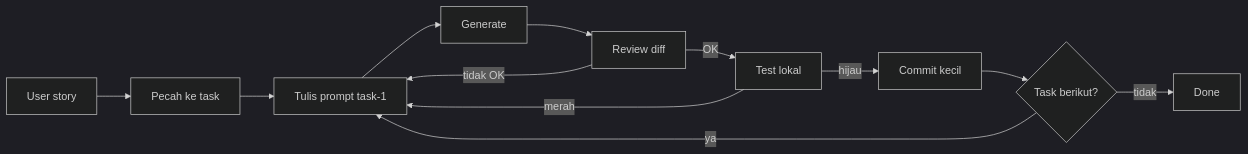
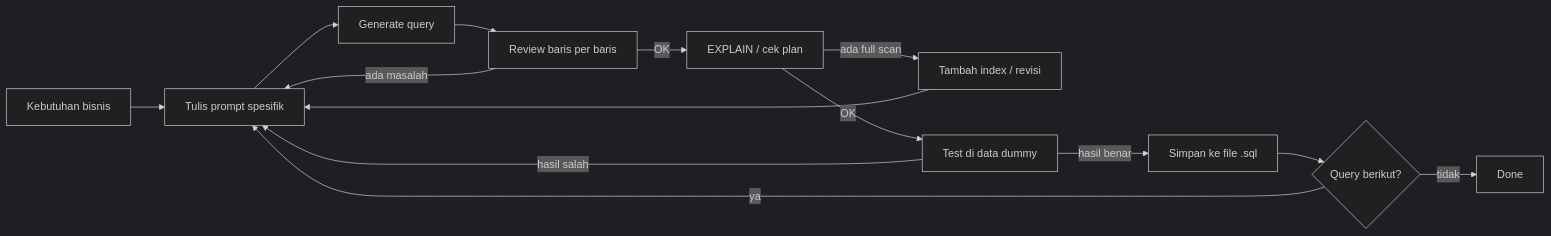
The second of 2 diagrams in Hari-1-Fundamental-DevNotes/Sesi-04-Code-Generation/materi.md (githubna-ilham/AI_Cursor), drawn with Mermaid (dark theme) before and after one commit. The commit also changed other lines of this file, not shown here.

First line of the commit message:
feat(sesi-04): tambah section 'Dari User Story ke Prompt SQL'

````diff
--- a/Hari-1-Fundamental-DevNotes/Sesi-04-Code-Generation/materi.md
+++ b/Hari-1-Fundamental-DevNotes/Sesi-04-Code-Generation/materi.md
@@ -194,14 +329,16 @@
 ```mermaid
 flowchart LR
-    S[User story] --> P[Pecah ke task]
-    P --> X[Tulis prompt task-1]
-    X --> G[Generate]
-    G --> R[Review diff]
-    R -->|OK| T[Test lokal]
-    R -->|tidak OK| X
-    T -->|hijau| C[Commit kecil]
-    T -->|merah| X
-    C --> N{Task berikut?}
-    N -->|ya| X
+    K[Kebutuhan bisnis] --> P[Tulis prompt spesifik]
+    P --> G[Generate query]
+    G --> R[Review baris per baris]
+    R -->|ada masalah| P
+    R -->|OK| E[EXPLAIN / cek plan]
+    E -->|ada full scan| I[Tambah index / revisi]
+    I --> P
+    E -->|OK| T[Test di data dummy]
+    T -->|hasil salah| P
+    T -->|hasil benar| C[Simpan ke file .sql]
+    C --> N{Query berikut?}
+    N -->|ya| P
     N -->|tidak| D[Done]
 ```
````
